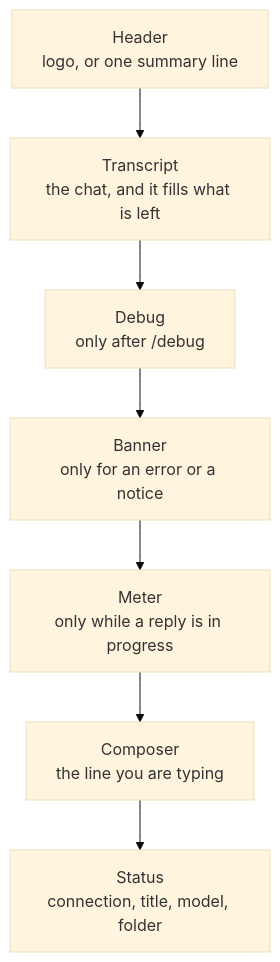
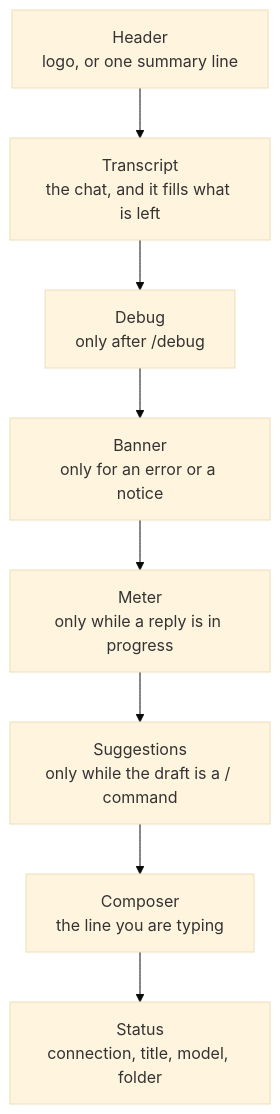
Before and after one commit to MilanPavel/golem: the fifth of 6 diagrams in docs/architecture.md, drawn with Mermaid (base theme). The commit also changed other lines of this file and 8 other files, not shown here.

````diff
--- a/docs/architecture.md
+++ b/docs/architecture.md
@@ -305,11 +305,12 @@
 ```mermaid
 flowchart TB
   header["Header<br>logo, or one summary line"]
   body["Transcript<br>the chat, and it fills what is left"]
   debug["Debug<br>only after /debug"]
   banner["Banner<br>only for an error or a notice"]
   meter["Meter<br>only while a reply is in progress"]
+  suggestions["Suggestions<br>only while the draft is a / command"]
   composer["Composer<br>the line you are typing"]
   status["Status<br>connection, title, model, folder"]
-  header --> body --> debug --> banner --> meter --> composer --> status
+  header --> body --> debug --> banner --> meter --> suggestions --> composer --> status
 ```
````
